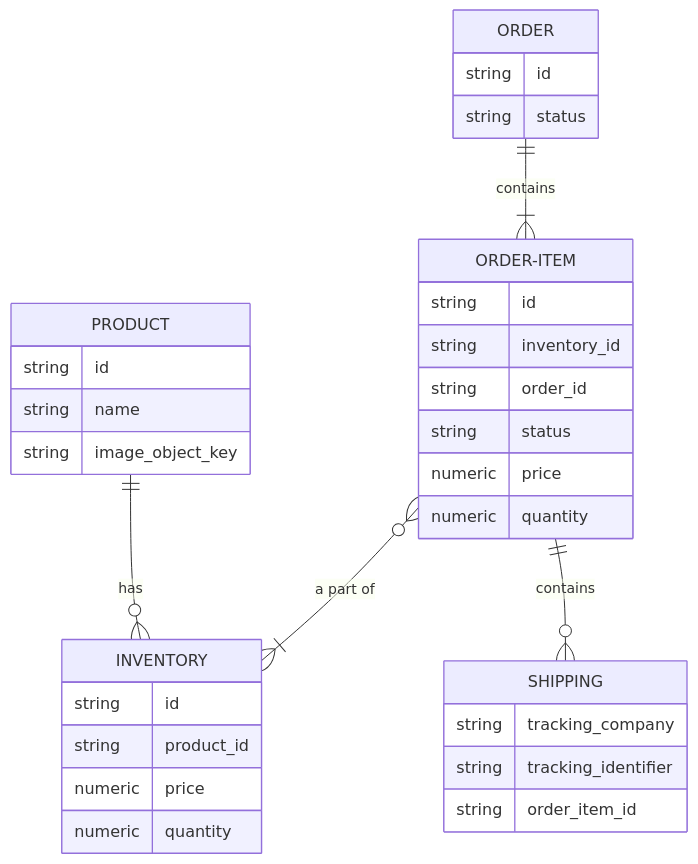
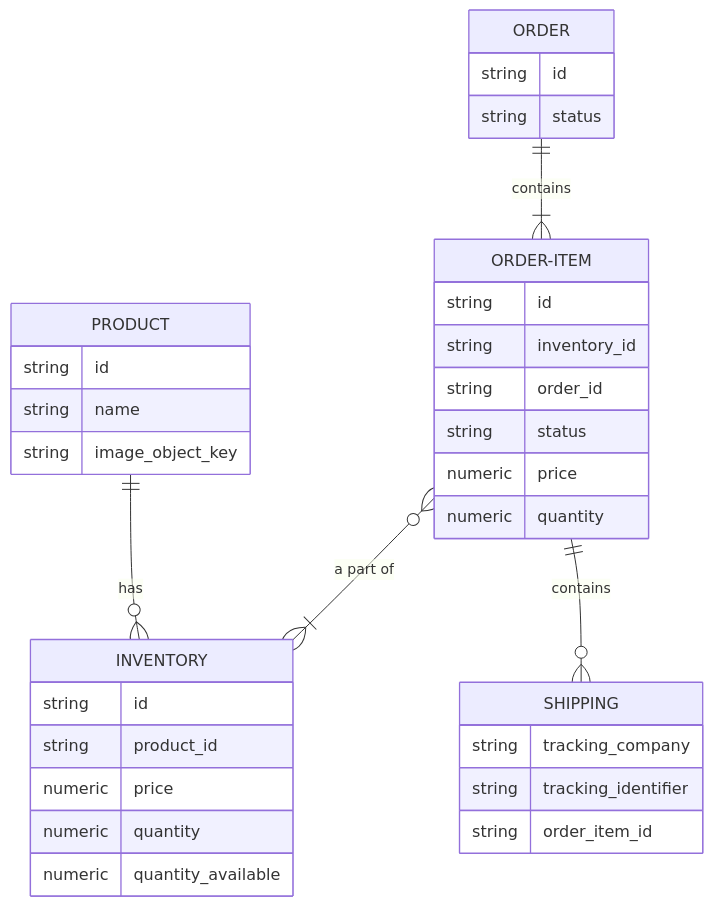
The first of 2 diagrams in docs/TECHNICAL_DESIGN.md (ccthomas/ecommerce), drawn with Mermaid before and after one commit. The commit also changed other lines of this file and 24 other files, not shown here.

````diff
--- a/docs/TECHNICAL_DESIGN.md
+++ b/docs/TECHNICAL_DESIGN.md
@@ -75,40 +79,41 @@
 ```mermaid
 erDiagram
     PRODUCT ||--o{ INVENTORY : has
     ORDER ||--|{ ORDER-ITEM : "contains"
     ORDER-ITEM }o--|{ INVENTORY : "a part of"
     ORDER-ITEM ||--o{ SHIPPING : "contains"
     
     PRODUCT {
         string id
         string name
         string image_object_key
     }
 
     INVENTORY {
         string id
         string product_id
         numeric price
         numeric quantity
+        numeric quantity_available
     }
 
     ORDER {
         string id
         string status
     }
 
     ORDER-ITEM {
         string id
         string inventory_id
         string order_id
         string status
         numeric price
         numeric quantity
     }
 
     SHIPPING {
         string tracking_company
         string tracking_identifier
         string order_item_id
     }
 ```
````
